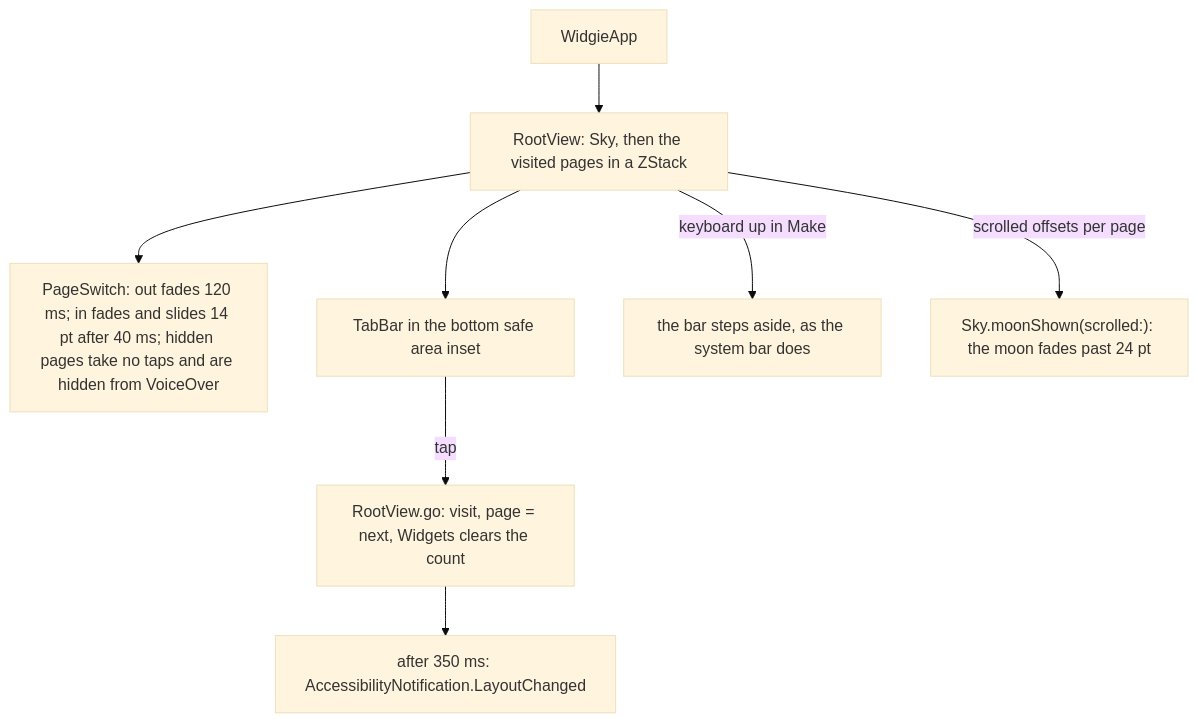
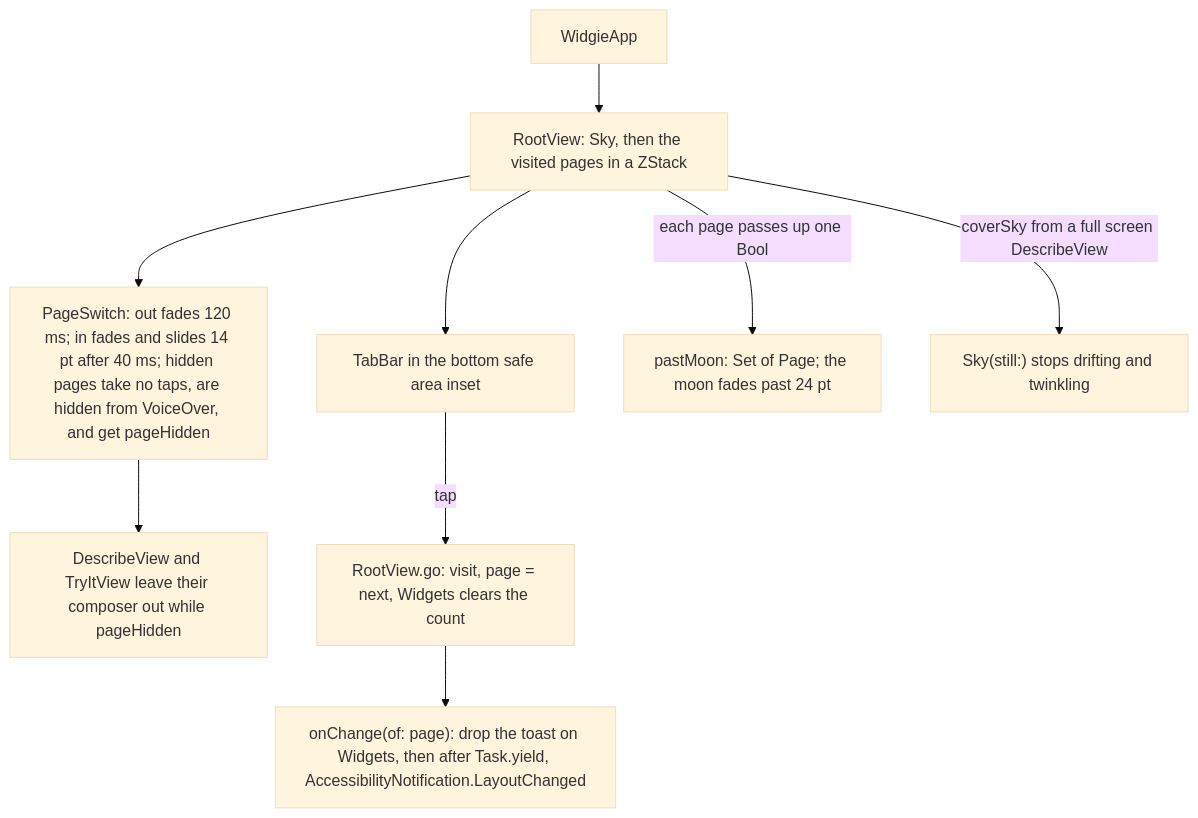
Before and after one commit to Krutik460/Widgie: the first of 4 diagrams in docs/pr/17-app-shell-u1b.md, drawn with Mermaid (base theme). The commit also changed other lines of this file and 1 other file, not shown here.

````diff
--- a/docs/pr/17-app-shell-u1b.md
+++ b/docs/pr/17-app-shell-u1b.md
@@ -16,10 +17,11 @@
 ```mermaid
 flowchart TD
   APP["WidgieApp"] --> ROOT["RootView: Sky, then the visited pages in a ZStack"]
-  ROOT --> SWITCH["PageSwitch: out fades 120 ms; in fades and slides 14 pt after 40 ms; hidden pages take no taps and are hidden from VoiceOver"]
+  ROOT --> SWITCH["PageSwitch: out fades 120 ms; in fades and slides 14 pt after 40 ms; hidden pages take no taps, are hidden from VoiceOver, and get pageHidden"]
+  SWITCH --> HIDE["DescribeView and TryItView leave their composer out while pageHidden"]
   ROOT --> BAR["TabBar in the bottom safe area inset"]
   BAR -->|"tap"| GO["RootView.go: visit, page = next, Widgets clears the count"]
-  GO --> NOTE["after 350 ms: AccessibilityNotification.LayoutChanged"]
-  ROOT -->|"keyboard up in Make"| HIDE["the bar steps aside, as the system bar does"]
-  ROOT -->|"scrolled offsets per page"| MOON["Sky.moonShown(scrolled:): the moon fades past 24 pt"]
+  GO --> CHANGE["onChange(of: page): drop the toast on Widgets, then after Task.yield, AccessibilityNotification.LayoutChanged"]
+  ROOT -->|"each page passes up one Bool"| MOON["pastMoon: Set of Page; the moon fades past 24 pt"]
+  ROOT -->|"coverSky from a full screen DescribeView"| STILL["Sky(still:) stops drifting and twinkling"]
 ```
````
